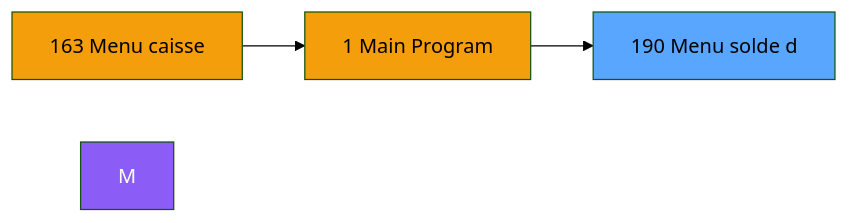
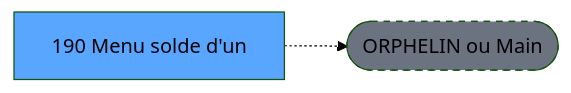
One commit to thonyAGP/lecteur-magic changed the second of 3 diagrams in .openspec/specs/ADH-IDE-190.md. Above: the diagram before and after it, drawn with Mermaid (forest theme). The commit also changed other lines of this file and 701 other files, not shown here.

````diff
--- a/.openspec/specs/ADH-IDE-190.md
+++ b/.openspec/specs/ADH-IDE-190.md
@@ -125,12 +118,8 @@
 ```mermaid
 graph LR
-    N163[163 Menu caisse ]
-    N1[1 Main Program]
-    T[190 Menu solde d]
-    N163 --> N1
-    N1 --> T
-    style M fill:#8b5cf6,color:#fff
-    style N163 fill:#f59e0b
-    style N1 fill:#f59e0b
+    T[190 Menu solde d'un]
+    ORPHAN([ORPHELIN ou Main])
+    T -.-> ORPHAN
     style T fill:#58a6ff,color:#000
+    style ORPHAN fill:#6b7280,stroke-dasharray: 5 5
 ```
````
